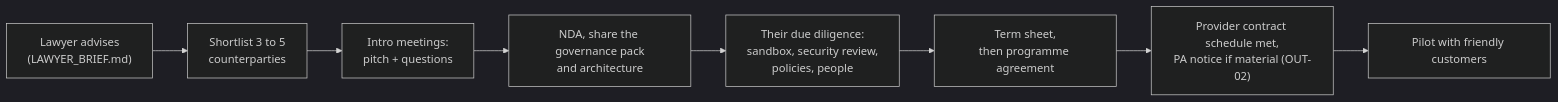
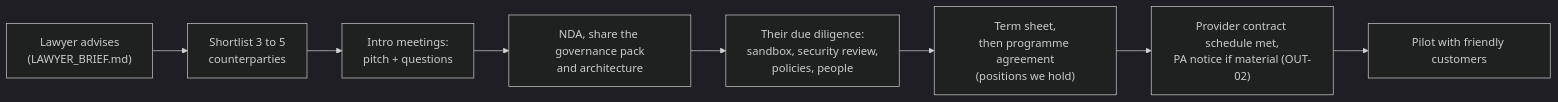
One commit to KHAYAAI/FORGE-MUTUAL changed the diagram in docs/governance/SPONSOR_BANK_PITCH.md. Above: the diagram before and after it, drawn with Mermaid (dark theme). The commit also changed other lines of this file and 1 other file, not shown here.

````diff
--- a/docs/governance/SPONSOR_BANK_PITCH.md
+++ b/docs/governance/SPONSOR_BANK_PITCH.md
@@ -63,10 +108,10 @@
 ```mermaid
 flowchart LR
   A["Lawyer advises<br/>(LAWYER_BRIEF.md)"] --> B["Shortlist 3 to 5<br/>counterparties"]
   B --> C["Intro meetings:<br/>pitch + questions"]
   C --> D["NDA, share the governance pack<br/>and architecture"]
   D --> E["Their due diligence:<br/>sandbox, security review,<br/>policies, people"]
-  E --> F["Term sheet,<br/>then programme agreement"]
+  E --> F["Term sheet,<br/>then programme agreement<br/>(positions we hold)"]
   F --> G["Provider contract schedule met,<br/>PA notice if material (OUT-02)"]
   G --> H["Pilot with friendly customers"]
 ```
````
